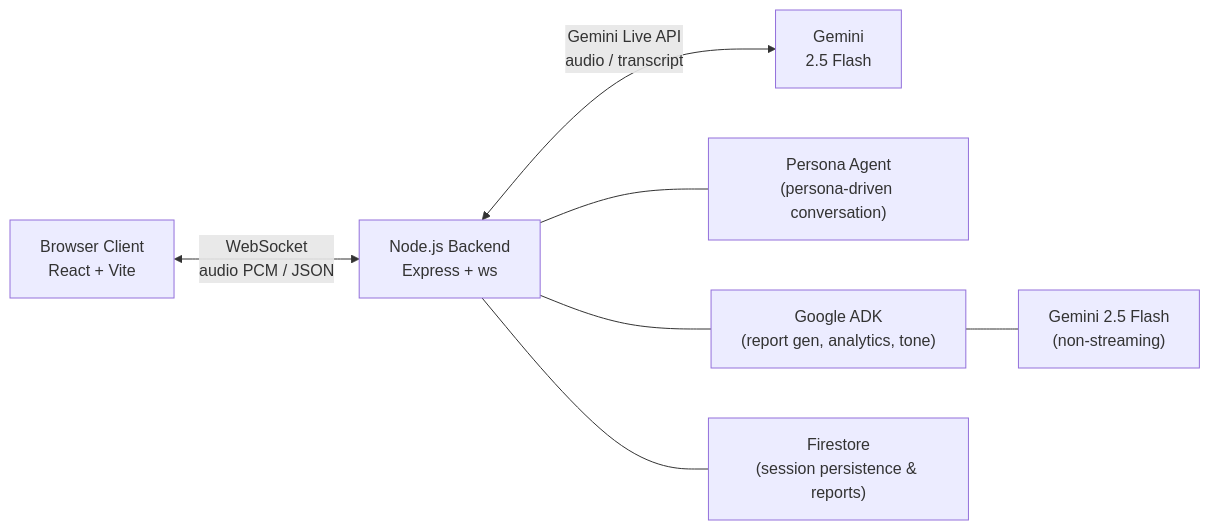
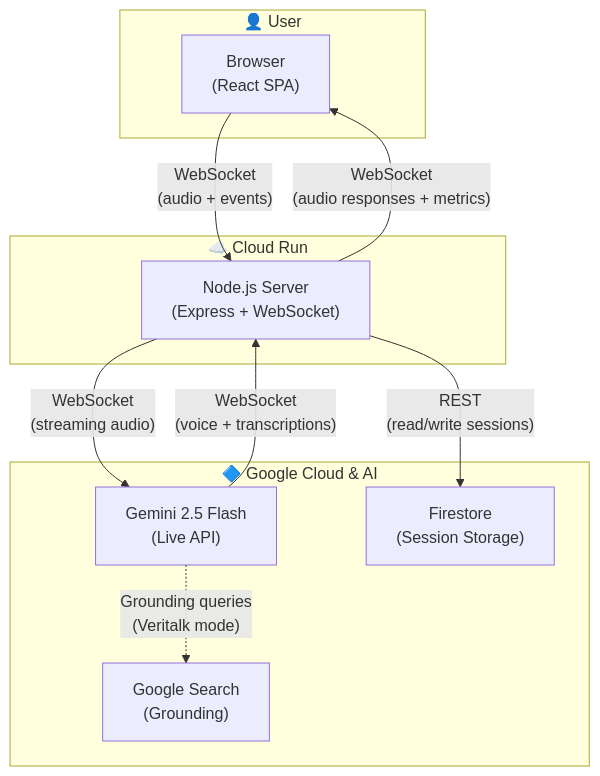
Before and after one commit to ilyaev/glotti: the diagram in README.md, drawn with Mermaid.

Commit message:
feat: update high-level overview diagram to enhance clarity and detail

````diff
--- a/README.md
+++ b/README.md
@@ -58,10 +58,23 @@
 ```mermaid
-graph LR
-    Client["Browser Client<br/>React + Vite"] <-->|"WebSocket<br/>audio PCM / JSON"| Backend["Node.js Backend<br/>Express + ws"]
-    Backend <-->|"Gemini Live API<br/>audio / transcript"| Gemini["Gemini<br/>2.5 Flash"]
+graph TB
+    subgraph User["👤 User"]
+        Browser["Browser<br/>(React SPA)"]
+    end
 
-    Backend --- Persona["Persona Agent<br/>(persona-driven conversation)"]
-    Backend --- ADK["Google ADK<br/>(report gen, analytics, tone)"]
-    Backend --- Firestore["Firestore<br/>(session persistence & reports)"]
-    ADK --- Gemini2["Gemini 2.5 Flash<br/>(non-streaming)"]
+    subgraph Backend["☁️ Cloud Run"]
+        Server["Node.js Server<br/>(Express + WebSocket)"]
+    end
+
+    subgraph Google["🔷 Google Cloud & AI"]
+        Gemini["Gemini 2.5 Flash<br/>(Live API)"]
+        Firestore["Firestore<br/>(Session Storage)"]
+        Search["Google Search<br/>(Grounding)"]
+    end
+
+    Browser -- "WebSocket<br/>(audio + events)" --> Server
+    Server -- "WebSocket<br/>(audio responses + metrics)" --> Browser
+    Server -- "WebSocket<br/>(streaming audio)" --> Gemini
+    Gemini -- "WebSocket<br/>(voice + transcriptions)" --> Server
+    Server -- "REST<br/>(read/write sessions)" --> Firestore
+    Gemini -. "Grounding queries<br/>(Veritalk mode)" .-> Search
 ```
````
